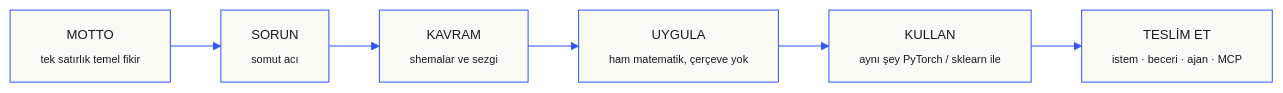
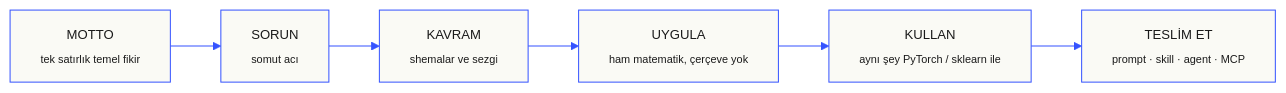
The second of 2 diagrams in README.md (burakpehlivan-se/ai-engineering-from-scratch), drawn with Mermaid before and after one commit. The commit also changed other lines of this file and 3 other files, not shown here.

````diff
--- a/README.md
+++ b/README.md
@@ -85,9 +85,9 @@
 ```mermaid
 %%{init: {'theme':'base','themeVariables':{'primaryColor':'#fafaf5','primaryTextColor':'#1a1a1a','primaryBorderColor':'#3553ff','lineColor':'#3553ff','fontFamily':'JetBrains Mono','fontSize':'13px'}}}%%
 flowchart LR
   M["MOTTO<br/><sub>tek satırlık temel fikir</sub>"] --> Pr["SORUN<br/><sub>somut acı</sub>"]
   Pr --> C["KAVRAM<br/><sub>shemalar ve sezgi</sub>"]
   C --> B["UYGULA<br/><sub>ham matematik, çerçeve yok</sub>"]
   B --> U["KULLAN<br/><sub>aynı şey PyTorch / sklearn ile</sub>"]
-  U --> S["TESLİM ET<br/><sub>istem · beceri · ajan · MCP</sub>"]
+  U --> S["TESLİM ET<br/><sub>prompt · skill · agent · MCP</sub>"]
 ```
````
